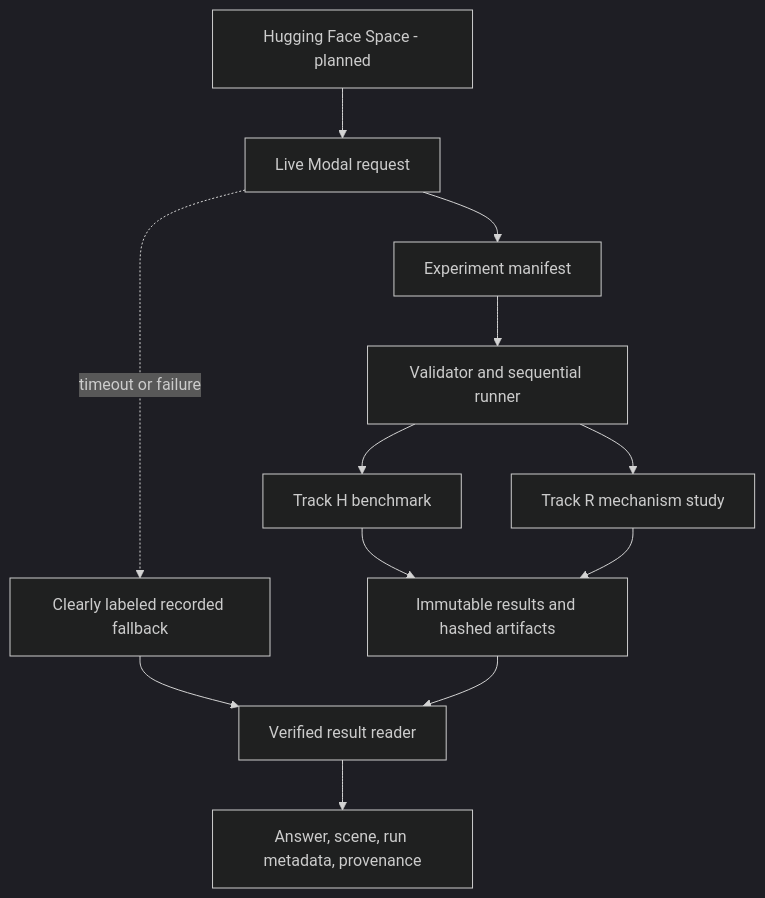
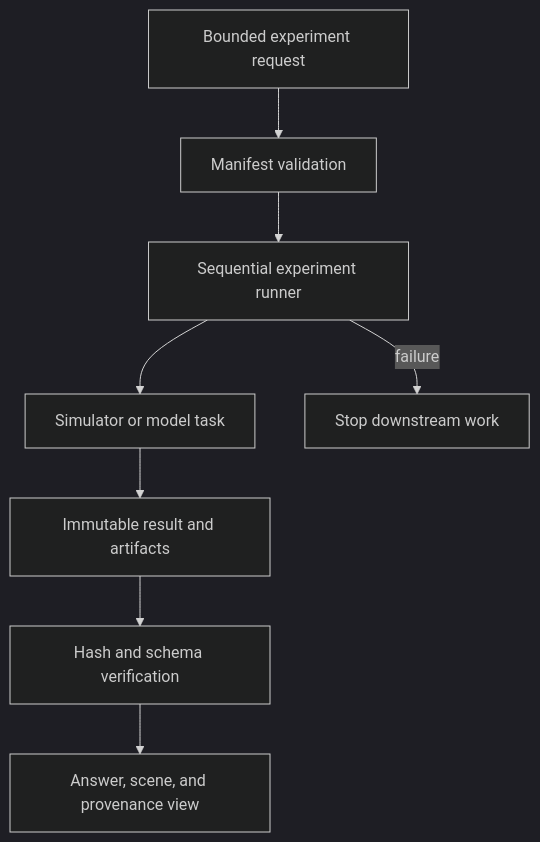
One commit to perfect7613/jump-research changed the second of 2 diagrams in README.md. Above: the diagram before and after it, drawn with Mermaid (dark theme). The commit also changed other lines of this file and 6 other files, not shown here.

````diff
--- a/README.md
+++ b/README.md
@@ -107,14 +83,10 @@
 ```mermaid
 flowchart TD
-    U[Hugging Face Space - planned] --> L[Live Modal request]
-    L --> X[Experiment manifest]
-    L -. timeout or failure .-> F[Clearly labeled recorded fallback]
-    F --> V[Verified result reader]
-    X --> R[Validator and sequential runner]
-    R --> H[Track H benchmark]
-    R --> T[Track R mechanism study]
-    H --> E[Immutable results and hashed artifacts]
-    T --> E
-    E --> V
-    V --> P[Answer, scene, run metadata, provenance]
+    U[Bounded experiment request] --> V[Manifest validation]
+    V --> R[Sequential experiment runner]
+    R --> X[Simulator or model task]
+    X --> E[Immutable result and artifacts]
+    E --> Q[Hash and schema verification]
+    Q --> P[Answer, scene, and provenance view]
+    R -->|failure| H[Stop downstream work]
 ```
````
